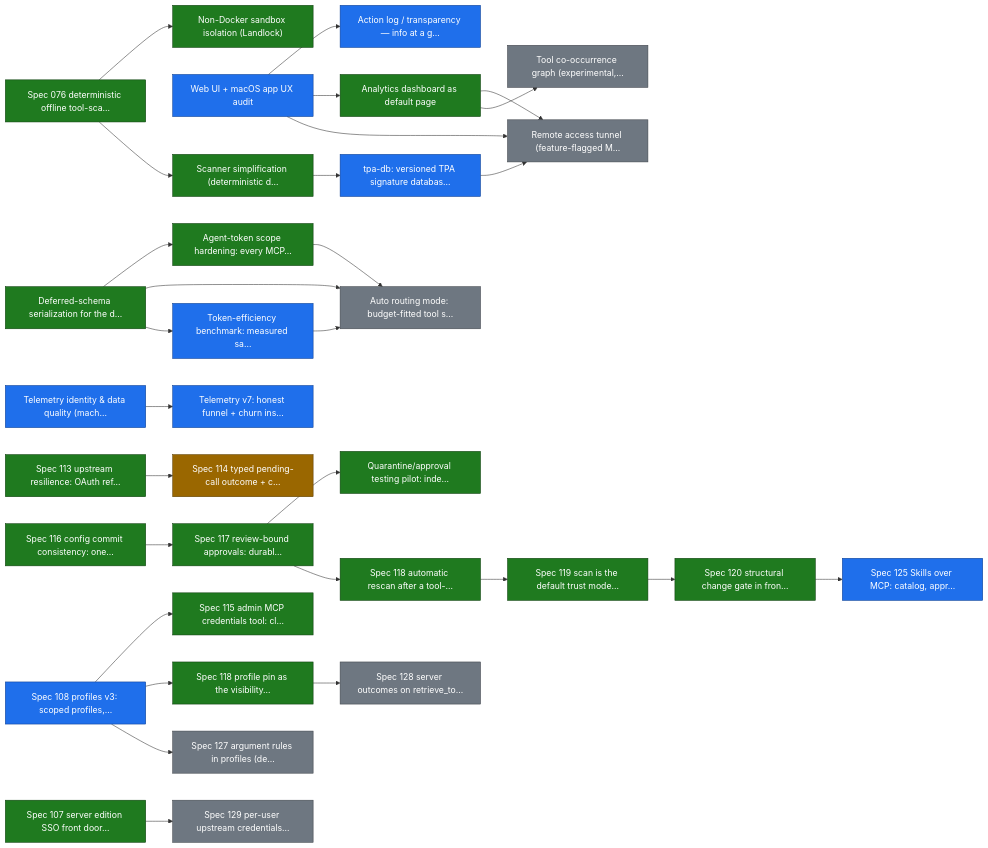
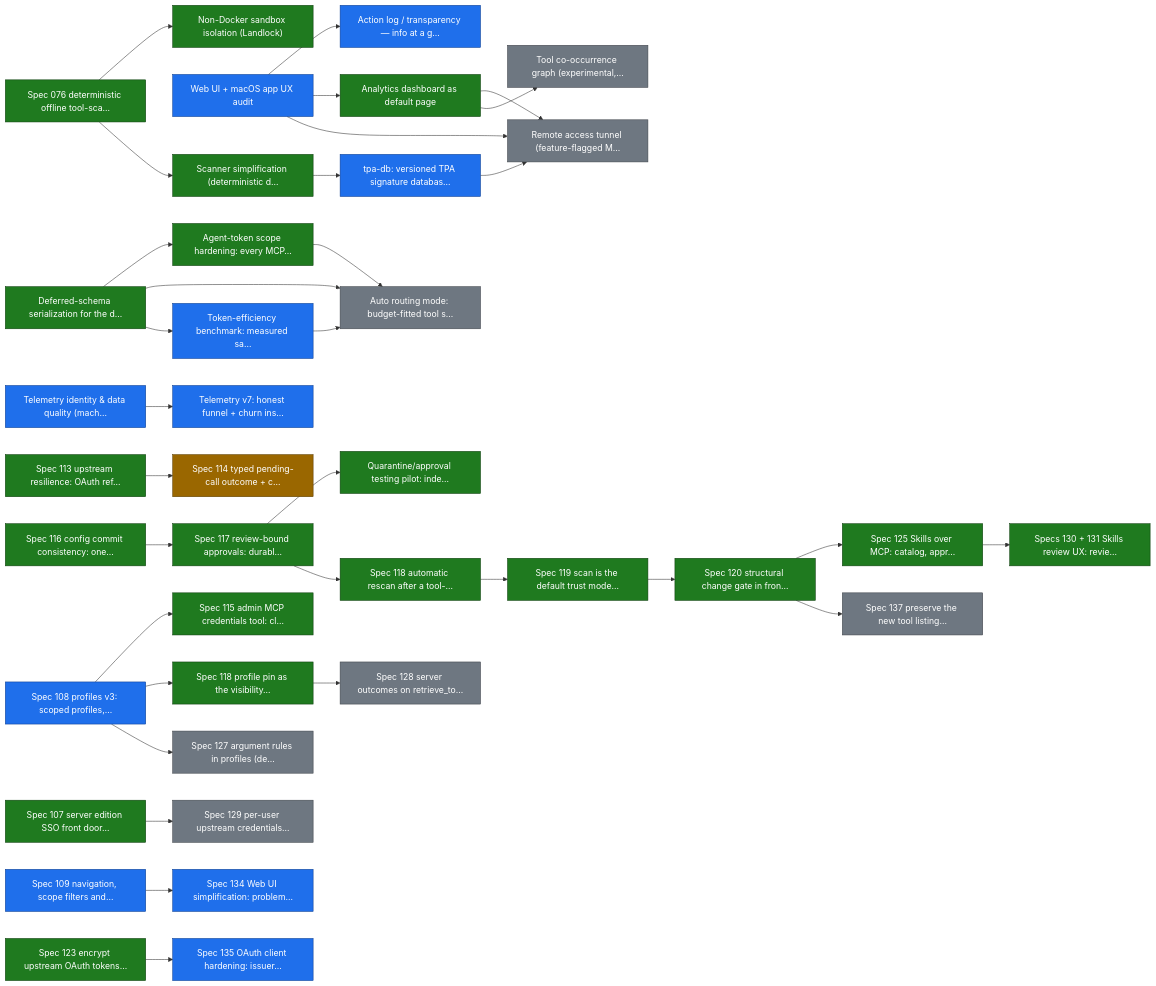
The first of 37 diagrams in ROADMAP.md (smart-mcp-proxy/mcpproxy-go), drawn with Mermaid before and after one commit. The commit also changed other lines of this file and 1 other file, not shown here.

Commit message:
docs(roadmap): sync statuses with merged PRs, add epics for specs 130-137

````diff
--- a/ROADMAP.md
+++ b/ROADMAP.md
@@ -36,71 +36,81 @@
 ```mermaid
 graph LR
   sandbox_isolation["Non-Docker sandbox isolation (Landlock)"]
   scanner_v2["Spec 076 deterministic offline tool-sca…"]
   ux_audit["Web UI + macOS app UX audit"]
   action_log_transparency["Action log / transparency — info at a g…"]
   analytics_dashboard["Analytics dashboard as default page"]
   scanner_simplification["Scanner simplification (deterministic d…"]
   tpa_db["tpa-db: versioned TPA signature databas…"]
   remote_access_tunnel["Remote access tunnel (feature-flagged M…"]
   schema_deferred["Deferred-schema serialization for the d…"]
   agent_scope_hardening["Agent-token scope hardening: every MCP…"]
   auto_routing_mode["Auto routing mode: budget-fitted tool s…"]
   token_bench["Token-efficiency benchmark: measured sa…"]
   tool_graph["Tool co-occurrence graph (experimental,…"]
   telemetry_identity["Telemetry identity & data quality (mach…"]
   telemetry_v7_churn["Telemetry v7: honest funnel + churn ins…"]
   sso["Spec 107 server edition SSO front door…"]
   profiles_v3["Spec 108 profiles v3: scoped profiles,…"]
+  ux_navigation_consistency["Spec 109 navigation, scope filters and…"]
   upstream_resilience["Spec 113 upstream resilience: OAuth ref…"]
   pending_call_outcome["Spec 114 typed pending-call outcome + c…"]
   mcp_credential_lifecycle["Spec 115 admin MCP credentials tool: cl…"]
   config_commit_consistency["Spec 116 config commit consistency: one…"]
   review_bound_approvals["Spec 117 review-bound approvals: durabl…"]
   quarantine_approval_pilot["Quarantine/approval testing pilot: inde…"]
   auto_rescan_on_change["Spec 118 automatic rescan after a tool-…"]
   pin_visibility_boundary["Spec 118 profile pin as the visibility…"]
   scan_default_trust["Spec 119 scan is the default trust mode…"]
   scan_structural_gate["Spec 120 structural change gate in fron…"]
+  oauth_token_encryption["Spec 123 encrypt upstream OAuth tokens…"]
   skills_over_mcp["Spec 125 Skills over MCP: catalog, appr…"]
   profile_argument_rules["Spec 127 argument rules in profiles (de…"]
   server_list_outcomes["Spec 128 server outcomes on retrieve_to…"]
   per_user_upstream_credentials["Spec 129 per-user upstream credentials…"]
+  skills_review_ux["Specs 130 + 131 Skills review UX: revie…"]
+  webui_simplify["Spec 134 Web UI simplification: problem…"]
+  oauth_client_hardening["Spec 135 OAuth client hardening: issuer…"]
+  tool_listing_fields["Spec 137 preserve the new tool listing…"]
 
   scanner_v2 --> sandbox_isolation
   ux_audit --> action_log_transparency
   ux_audit --> analytics_dashboard
   scanner_v2 --> scanner_simplification
   scanner_simplification --> tpa_db
   tpa_db --> remote_access_tunnel
   ux_audit --> remote_access_tunnel
   analytics_dashboard --> remote_access_tunnel
   schema_deferred --> agent_scope_hardening
   agent_scope_hardening --> auto_routing_mode
   schema_deferred --> auto_routing_mode
   token_bench --> auto_routing_mode
   schema_deferred --> token_bench
   analytics_dashboard --> tool_graph
   telemetry_identity --> telemetry_v7_churn
   upstream_resilience --> pending_call_outcome
   profiles_v3 --> mcp_credential_lifecycle
   config_commit_consistency --> review_bound_approvals
   review_bound_approvals --> quarantine_approval_pilot
   review_bound_approvals --> auto_rescan_on_change
   profiles_v3 --> pin_visibility_boundary
   auto_rescan_on_change --> scan_default_trust
   scan_default_trust --> scan_structural_gate
   scan_structural_gate --> skills_over_mcp
   profiles_v3 --> profile_argument_rules
   pin_visibility_boundary --> server_list_outcomes
   sso --> per_user_upstream_credentials
+  skills_over_mcp --> skills_review_ux
+  ux_navigation_consistency --> webui_simplify
+  oauth_token_encryption --> oauth_client_hardening
+  scan_structural_gate --> tool_listing_fields
 
   classDef done fill:#1f7a1f,stroke:#0d3d0d,color:#ffffff;
   classDef in_progress fill:#1f6feb,stroke:#0b3d91,color:#ffffff;
   classDef in_review fill:#9a6700,stroke:#5c3d00,color:#ffffff;
   classDef todo fill:#6e7781,stroke:#3d4248,color:#ffffff;
-  class sandbox_isolation,scanner_v2,analytics_dashboard,scanner_simplification,schema_deferred,agent_scope_hardening,sso,upstream_resilience,mcp_credential_lifecycle,config_commit_consistency,review_bound_approvals,quarantine_approval_pilot,auto_rescan_on_change,pin_visibility_boundary,scan_default_trust,scan_structural_gate done;
-  class ux_audit,action_log_transparency,tpa_db,token_bench,telemetry_identity,telemetry_v7_churn,profiles_v3,skills_over_mcp in_progress;
+  class sandbox_isolation,scanner_v2,analytics_dashboard,scanner_simplification,schema_deferred,agent_scope_hardening,sso,upstream_resilience,mcp_credential_lifecycle,config_commit_consistency,review_bound_approvals,quarantine_approval_pilot,auto_rescan_on_change,pin_visibility_boundary,scan_default_trust,scan_structural_gate,oauth_token_encryption,skills_over_mcp,skills_review_ux done;
+  class ux_audit,action_log_transparency,tpa_db,token_bench,telemetry_identity,telemetry_v7_churn,profiles_v3,ux_navigation_consistency,webui_simplify,oauth_client_hardening in_progress;
   class pending_call_outcome in_review;
-  class remote_access_tunnel,auto_routing_mode,tool_graph,profile_argument_rules,server_list_outcomes,per_user_upstream_credentials todo;
+  class remote_access_tunnel,auto_routing_mode,tool_graph,profile_argument_rules,server_list_outcomes,per_user_upstream_credentials,tool_listing_fields todo;
 ```
````
